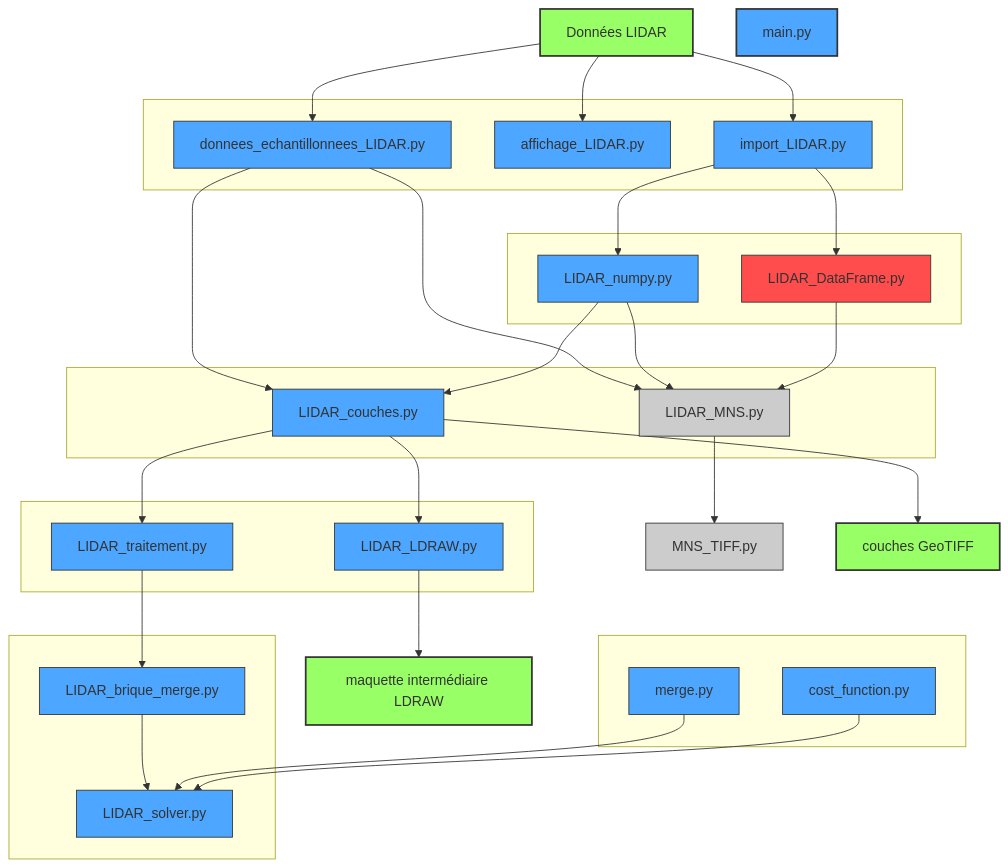
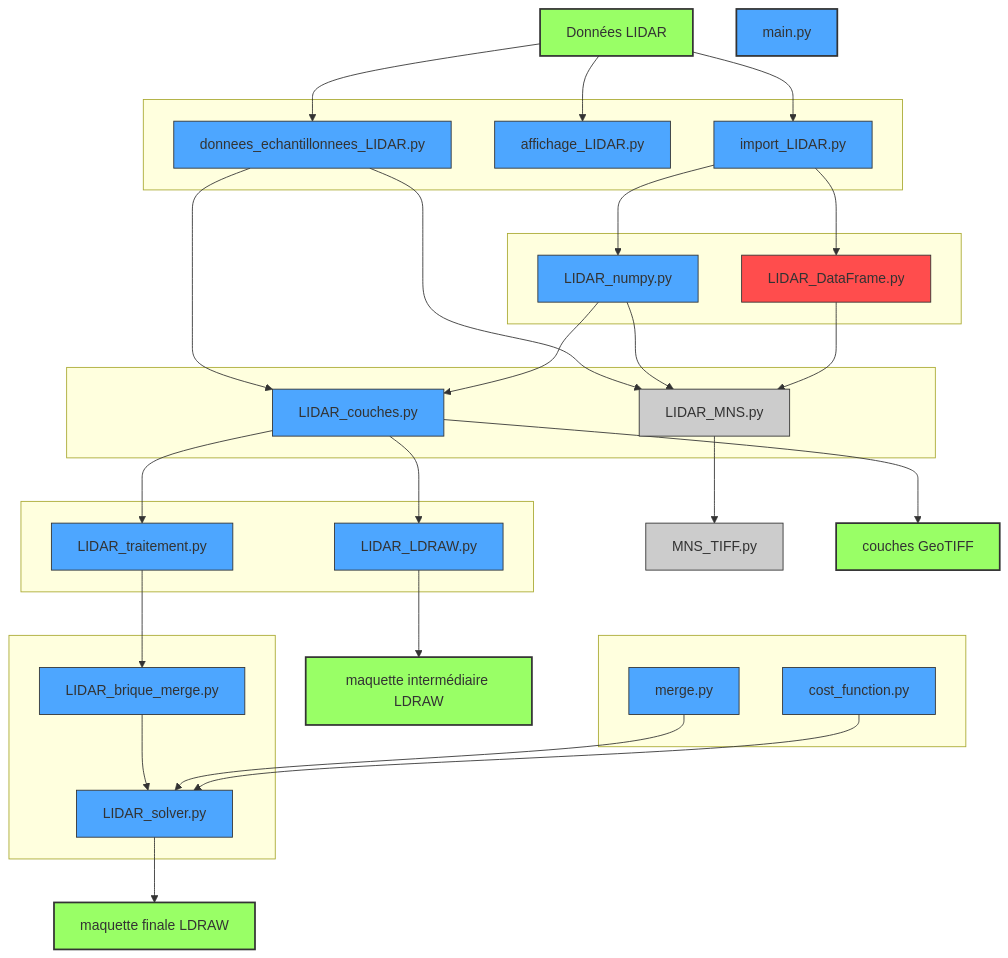
Before and after one commit to DanQue69/LEGO_Master: the diagram in Workflow.md, drawn with Mermaid.

```diff
--- a/Workflow.md
+++ b/Workflow.md
@@ -38,6 +38,7 @@
 M[main.py]
 L[couches GeoTIFF]
 N[maquette intermédiaire LDRAW]
+S[maquette finale LDRAW]
 
 
 A --> B
@@ -59,6 +60,7 @@
 G --> H
 I --> L
 J --> N
+P --> S
 
 
 %% Styles des couleurs
@@ -80,6 +82,7 @@
 style P fill:#4da6ff,stroke:#333,stroke-width:1px
 style Q fill:#4da6ff,stroke:#333,stroke-width:1px
 style R fill:#4da6ff,stroke:#333,stroke-width:1px
+style S fill:#9f6,stroke:#333,stroke-width:2px
 
 
     
```
